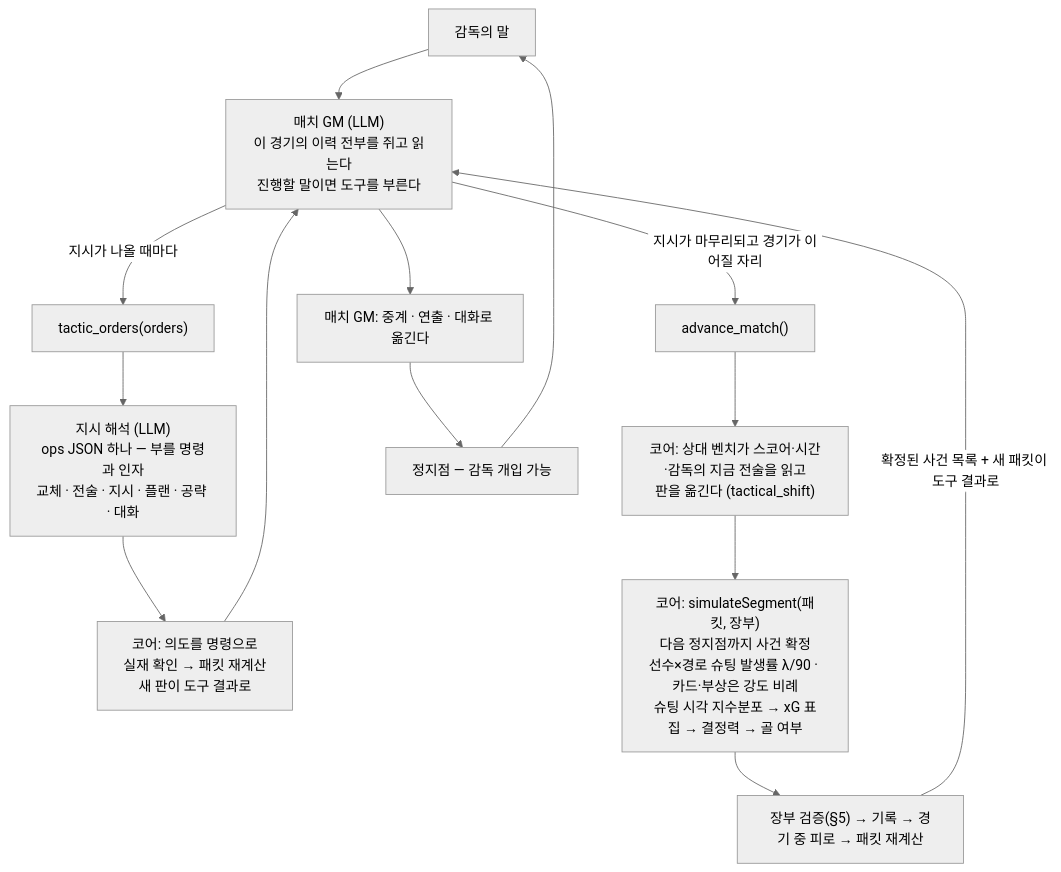
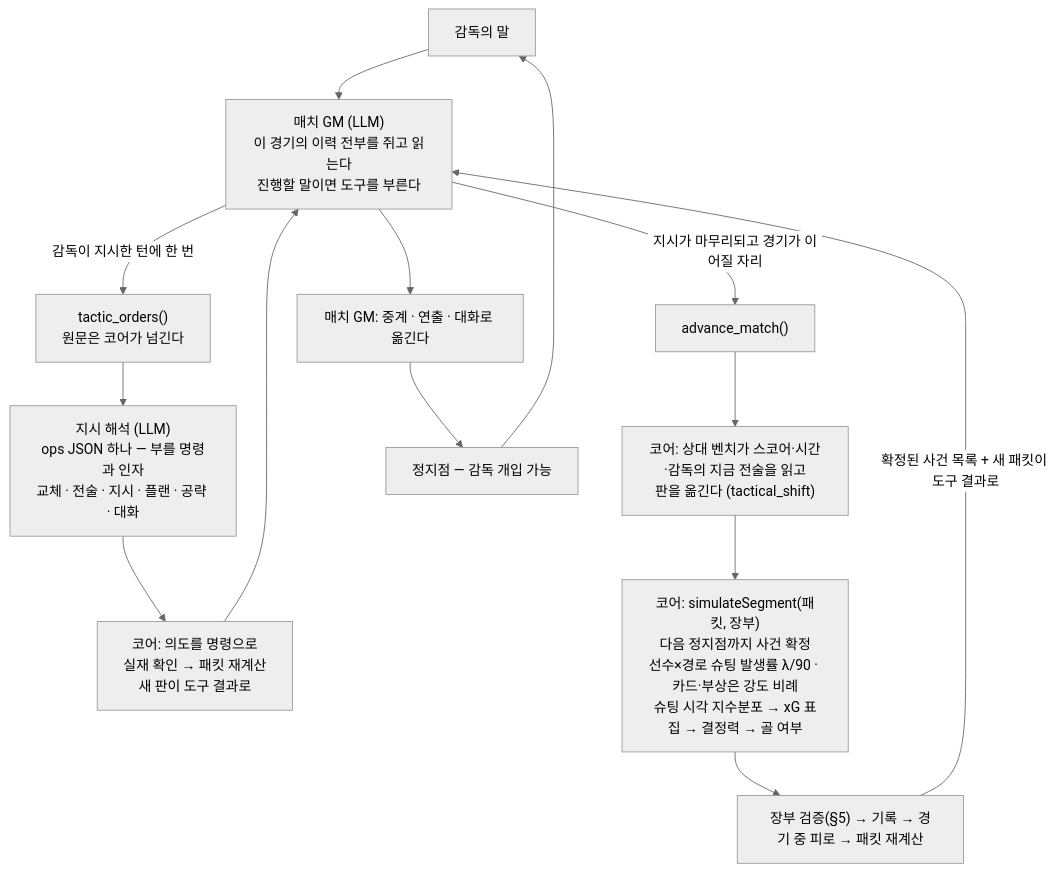
Before and after one commit to dhoonjang/story-fm: the diagram in docs/simulation/match.md, drawn with Mermaid (neutral theme). The commit also changed 18 other files, not shown here.

First line of the commit message:
fix(agents): 손잡이 셋의 orders 인자를 걷어내고 감독 원문은 코어가 해석기에 넘긴다

````diff
--- a/docs/simulation/match.md
+++ b/docs/simulation/match.md
@@ -1026,16 +1026,16 @@
 ```mermaid
 flowchart TB
   A["감독의 말"] --> B["매치 GM (LLM)<br/>이 경기의 이력 전부를 쥐고 읽는다<br/>진행할 말이면 도구를 부른다"]
-  B -->|"지시가 나올 때마다"| C["tactic_orders(orders)"]
+  B -->|"감독이 지시한 턴에 한 번"| C["tactic_orders()<br/>원문은 코어가 넘긴다"]
   C --> C1["지시 해석 (LLM)<br/>ops JSON 하나 — 부를 명령과 인자<br/>교체 · 전술 · 지시 · 플랜 · 공략 · 대화"]
   C1 --> C2["코어: 의도를 명령으로<br/>실재 확인 → 패킷 재계산<br/>새 판이 도구 결과로"]
   C2 --> B
   B -->|"지시가 마무리되고 경기가 이어질 자리"| D["advance_match()"]
   D --> D1["코어: 상대 벤치가 스코어·시간·감독의 지금 전술을 읽고<br/>판을 옮긴다 (tactical_shift)"]
   D1 --> D2["코어: simulateSegment(패킷, 장부)<br/>다음 정지점까지 사건 확정<br/>선수×경로 슈팅 발생률 λ/90 · 카드·부상은 강도 비례<br/>슈팅 시각 지수분포 → xG 표집 → 결정력 → 골 여부"]
   D2 --> D3["장부 검증(§5) → 기록 → 경기 중 피로 → 패킷 재계산"]
   D3 -->|"확정된 사건 목록 + 새 패킷이 도구 결과로"| B
   B --> E["매치 GM: 중계 · 연출 · 대화로 옮긴다"]
   E --> F["정지점 — 감독 개입 가능"]
   F --> A
 ```
````
